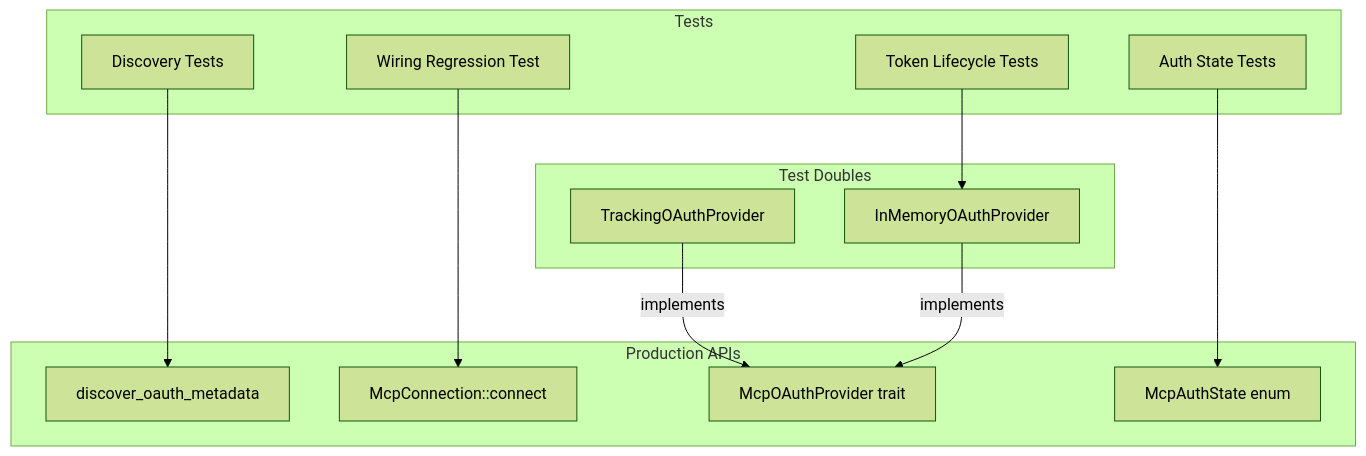
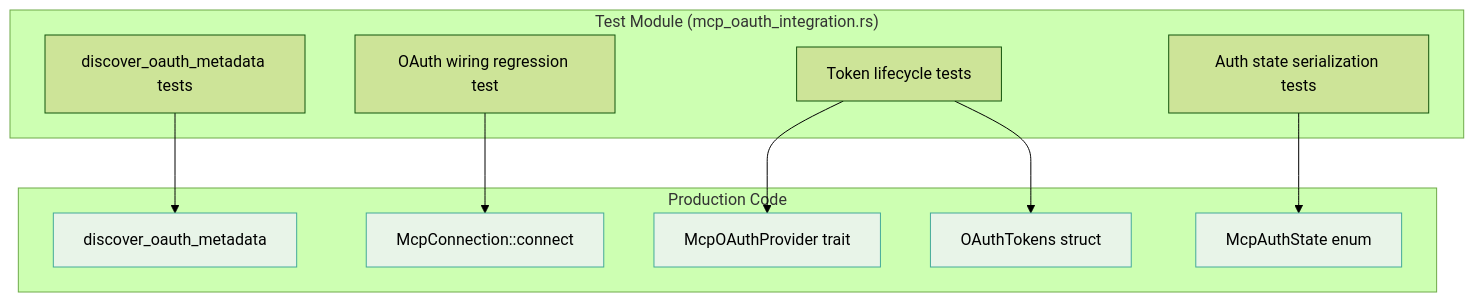
Before and after one commit to leszek3737/librefang-WIki: the diagram in other-librefang-runtime-tests.md, drawn with Mermaid (forest theme). The commit also changed other lines of this file and 120 other files, not shown here.

````diff
--- a/other-librefang-runtime-tests.md
+++ b/other-librefang-runtime-tests.md
@@ -22,28 +80,25 @@
 ```mermaid
 graph TD
-    subgraph Tests
-        A[Discovery Tests]
-        B[Wiring Regression Test]
-        C[Token Lifecycle Tests]
-        D[Auth State Tests]
+    subgraph "Test Module (mcp_oauth_integration.rs)"
+        A[discover_oauth_metadata tests]
+        B[OAuth wiring regression test]
+        C[Token lifecycle tests]
+        D[Auth state serialization tests]
     end
 
-    subgraph Production APIs
-        E[discover_oauth_metadata]
-        F[McpConnection::connect]
-        G[McpOAuthProvider trait]
-        H[McpAuthState enum]
-    end
-
-    subgraph Test Doubles
-        I[TrackingOAuthProvider]
-        J[InMemoryOAuthProvider]
+    subgraph "Production Code"
+        E[discover_oauth_metadata]:::prod
+        F[McpConnection::connect]:::prod
+        G[McpOAuthProvider trait]:::prod
+        H[McpAuthState enum]:::prod
+        I[OAuthTokens struct]:::prod
     end
 
     A --> E
     B --> F
-    I -- implements --> G
-    J -- implements --> G
-    C --> J
+    C --> G
+    C --> I
     D --> H
+
+    classDef prod fill:#e8f4e8,stroke:#4a9
 ```
````
